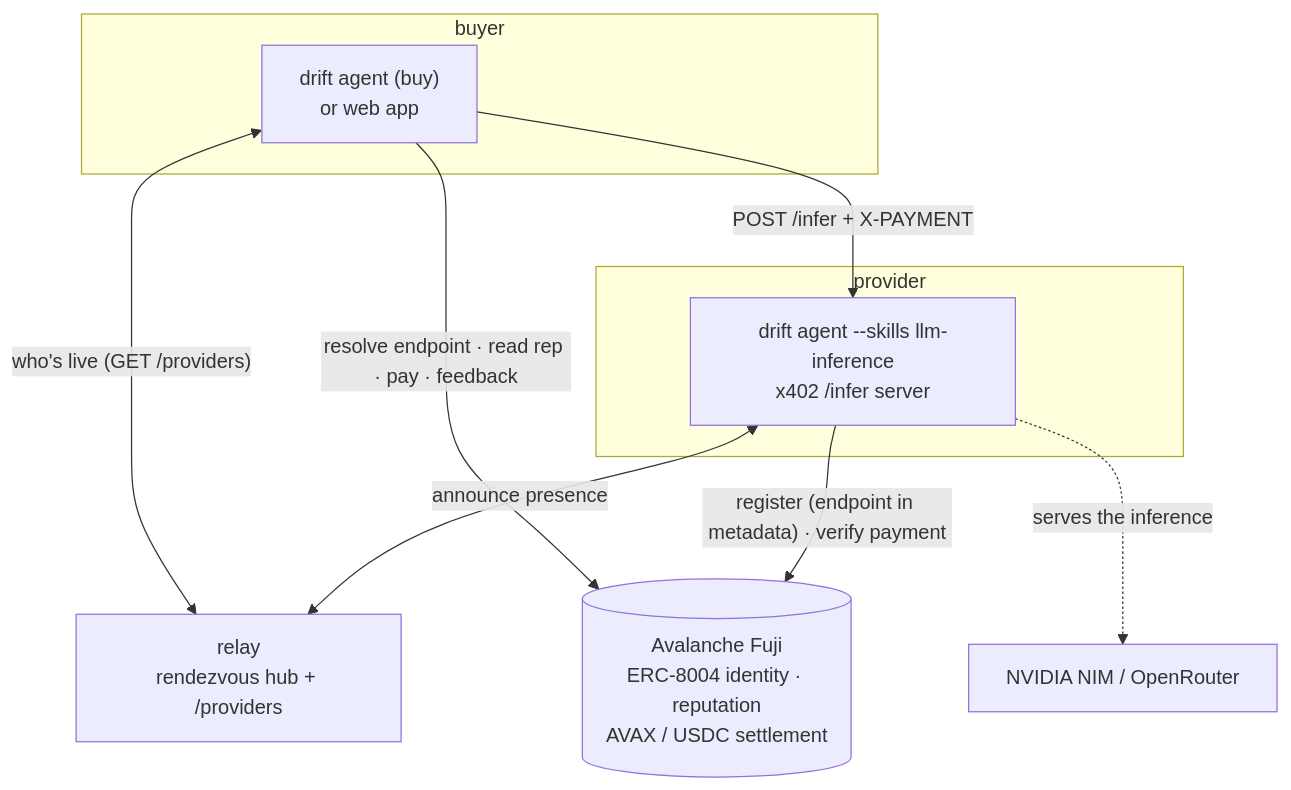
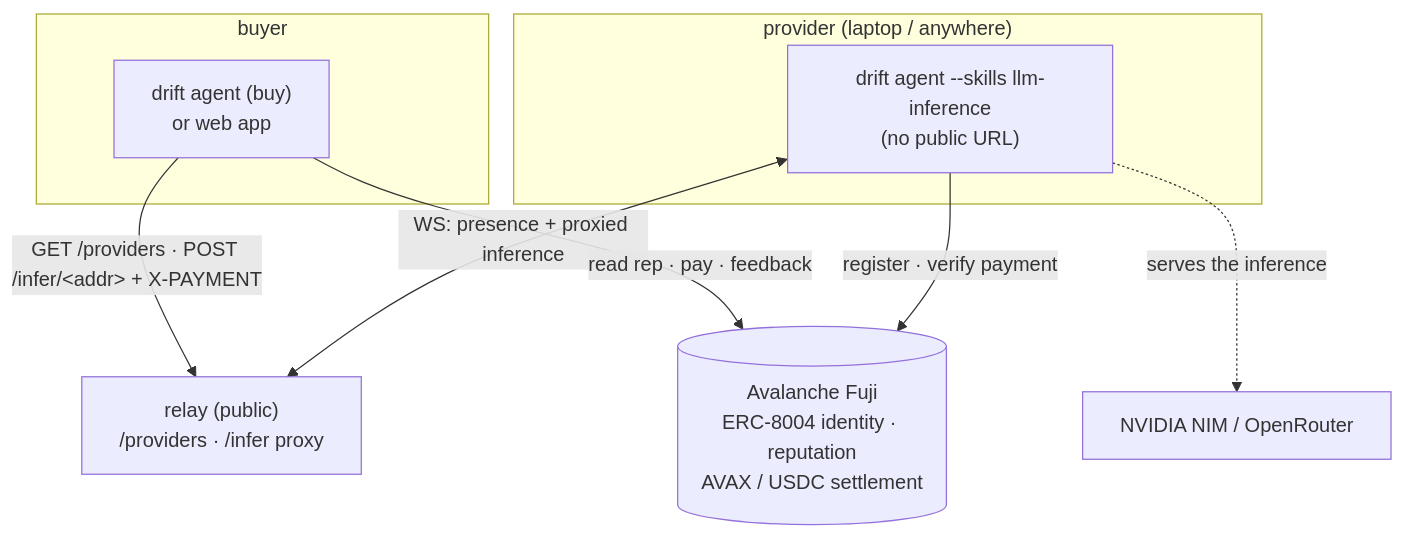
The diagram in README.md (daiwikmh/drift), drawn with Mermaid before and after one commit. The commit also changed other lines of this file and 31 other files, not shown here.

````diff
--- a/README.md
+++ b/README.md
@@ -75,20 +77,19 @@
 ```mermaid
 graph TD
   subgraph m1["buyer"]
     B["drift agent (buy)<br/>or web app"]
   end
-  subgraph m2["provider"]
-    P["drift agent --skills llm-inference<br/>x402 /infer server"]
+  subgraph m2["provider (laptop / anywhere)"]
+    P["drift agent --skills llm-inference<br/>(no public URL)"]
   end
 
-  B <-->|"who's live (GET /providers)"| R["relay<br/>rendezvous hub + /providers"]
-  P <-->|"announce presence"| R
+  B -->|"GET /providers · POST /infer/&lt;addr&gt; + X-PAYMENT"| R["relay (public)<br/>/providers · /infer proxy"]
+  P <-->|"WS: presence + proxied inference"| R
 
-  B -->|"POST /infer + X-PAYMENT"| P
-  B -->|"resolve endpoint · read rep · pay · feedback"| CH
-  P -->|"register (endpoint in metadata) · verify payment"| CH
+  B -->|"read rep · pay · feedback"| CH
+  P -->|"register · verify payment"| CH
 
   CH[("Avalanche Fuji<br/>ERC-8004 identity · reputation<br/>AVAX / USDC settlement")]
 
   P -. "serves the inference" .-> LLM["NVIDIA NIM / OpenRouter"]
 ```
````
